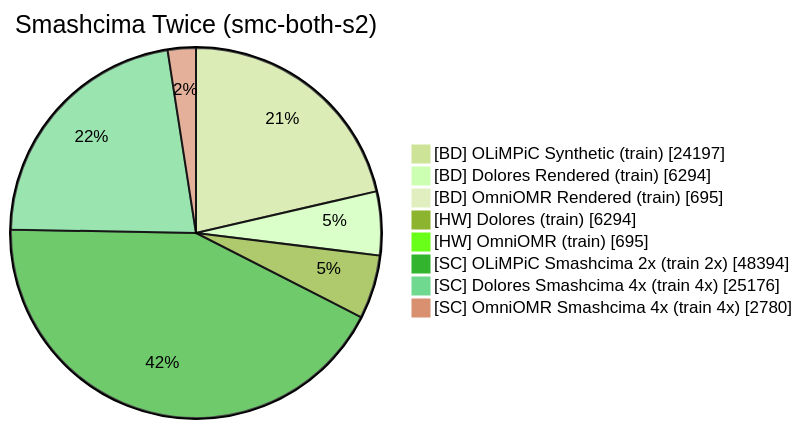
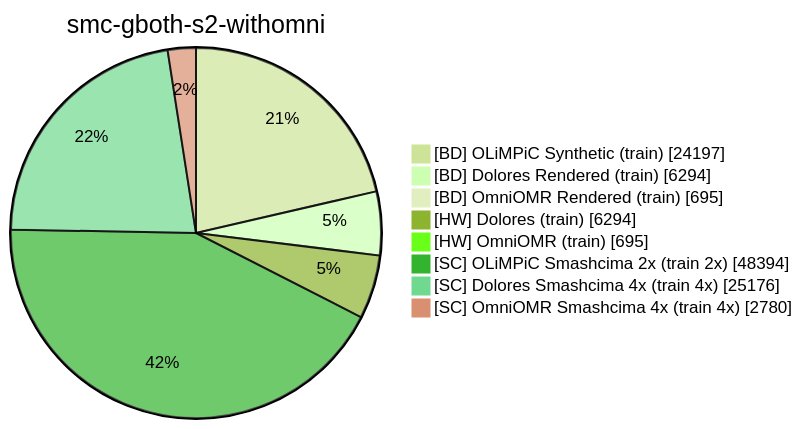
Before and after one commit to Jirka-Mayer/ijdar: the sixth of 8 diagrams in docs/smashcima.md, drawn with Mermaid (forest theme). The commit also changed other lines of this file and 2 other files, not shown here.

Commit message:
Prepared smc baseline experiments

````diff
--- a/docs/smashcima.md
+++ b/docs/smashcima.md
@@ -80,11 +136,11 @@
 ```mermaid
-pie showData title Smashcima Twice (smc-both-s2)
+pie showData title smc-gboth-s2-withomni
     "[BD] OLiMPiC Synthetic (train)" : 24197
     "[BD] Dolores Rendered (train)" : 6294
     "[BD] OmniOMR Rendered (train)" : 695
     "[HW] Dolores (train)" : 6294
     "[HW] OmniOMR (train)" : 695
     "[SC] OLiMPiC Smashcima 2x (train 2x)" : 48394
     "[SC] Dolores Smashcima 4x (train 4x)" : 25176
     "[SC] OmniOMR Smashcima 4x (train 4x)" : 2780
 ```
````
